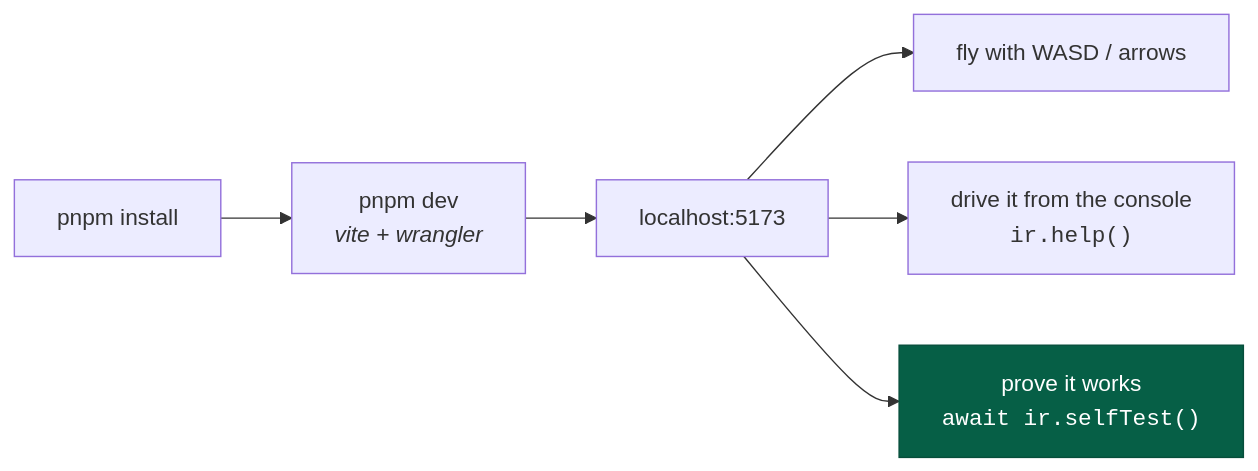
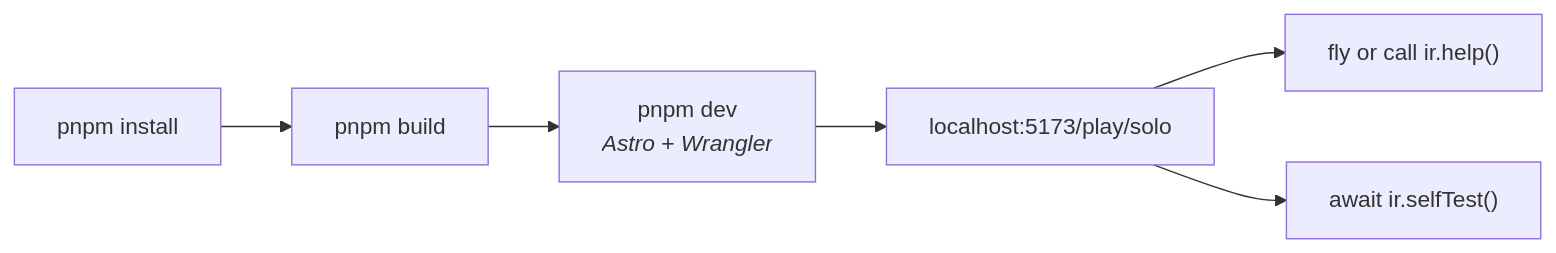
One commit to jonjaques/inertialref changed the first of 2 diagrams in docs/guides/getting-started.md. Above: the diagram before and after it, drawn with Mermaid. The commit also changed other lines of this file and 53 other files, not shown here.

````diff
--- a/docs/guides/getting-started.md
+++ b/docs/guides/getting-started.md
@@ -29,8 +29,7 @@
 ```mermaid
 flowchart LR
-    A["pnpm install"] --> B["pnpm dev<br/><i>vite + wrangler</i>"] --> C["localhost:5173"]
-    C --> D["fly with WASD / arrows"]
-    C --> E["drive it from the console<br/><code>ir.help()</code>"]
-    C --> F["prove it works<br/><code>await ir.selfTest()</code>"]
-    style F fill:#065f46,stroke:#064e3b,color:#fff
+    A["pnpm install"] --> B["pnpm build"] --> C["pnpm dev<br/><i>Astro + Wrangler</i>"]
+    C --> D["localhost:5173/play/solo"]
+    D --> E["fly or call ir.help()"]
+    D --> F["await ir.selfTest()"]
 ```
````
